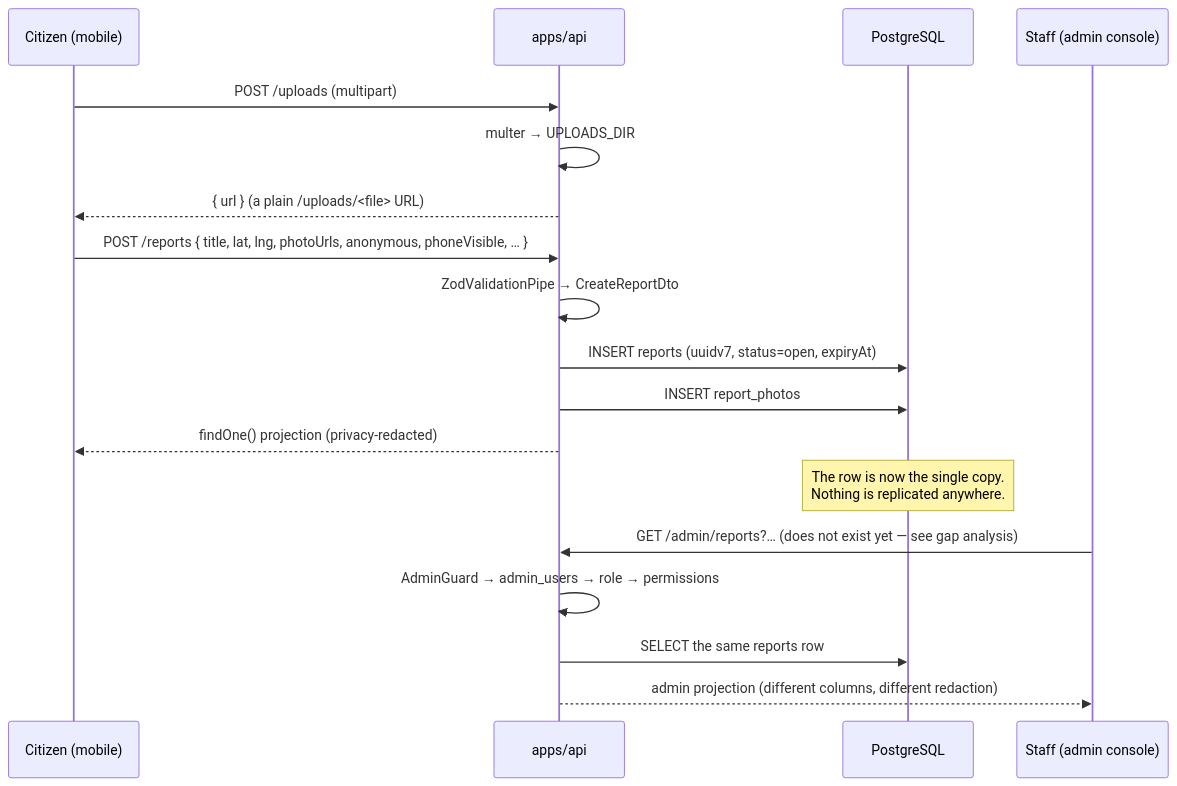
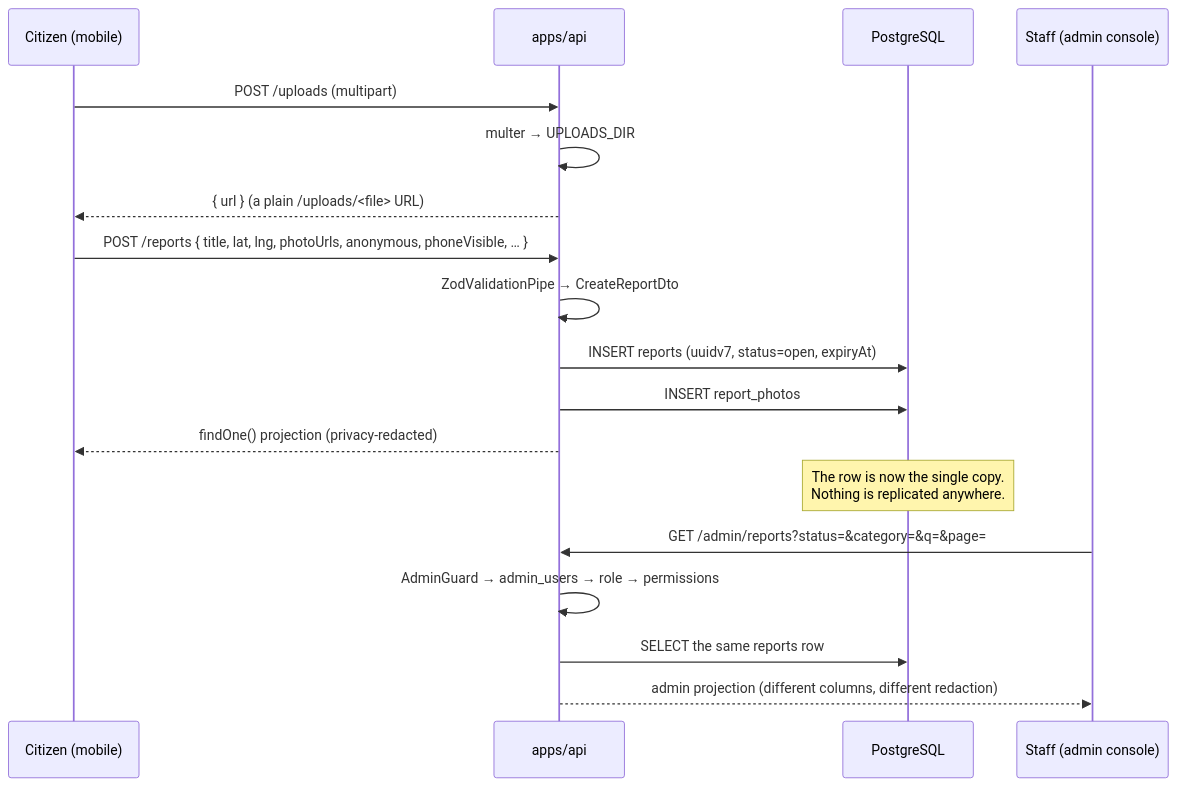
One commit to dev-ayphen/uthavuu changed the second of 2 diagrams in docs/architecture/system.md. Above: the diagram before and after it, drawn with Mermaid. The commit also changed other lines of this file and 13 other files, not shown here.

````diff
--- a/docs/architecture/system.md
+++ b/docs/architecture/system.md
@@ -94,21 +94,21 @@
 ```mermaid
 sequenceDiagram
     participant U as Citizen (mobile)
     participant API as apps/api
     participant PG as PostgreSQL
     participant AD as Staff (admin console)
 
     U->>API: POST /uploads (multipart)
     API->>API: multer → UPLOADS_DIR
     API-->>U: { url } (a plain /uploads/<file> URL)
     U->>API: POST /reports { title, lat, lng, photoUrls, anonymous, phoneVisible, … }
     API->>API: ZodValidationPipe → CreateReportDto
     API->>PG: INSERT reports (uuidv7, status=open, expiryAt)
     API->>PG: INSERT report_photos
     API-->>U: findOne() projection (privacy-redacted)
     Note over PG: The row is now the single copy.<br/>Nothing is replicated anywhere.
-    AD->>API: GET /admin/reports?… (does not exist yet — see gap analysis)
+    AD->>API: GET /admin/reports?status=&category=&q=&page=
     API->>API: AdminGuard → admin_users → role → permissions
     API->>PG: SELECT the same reports row
     API-->>AD: admin projection (different columns, different redaction)
 ```
````
